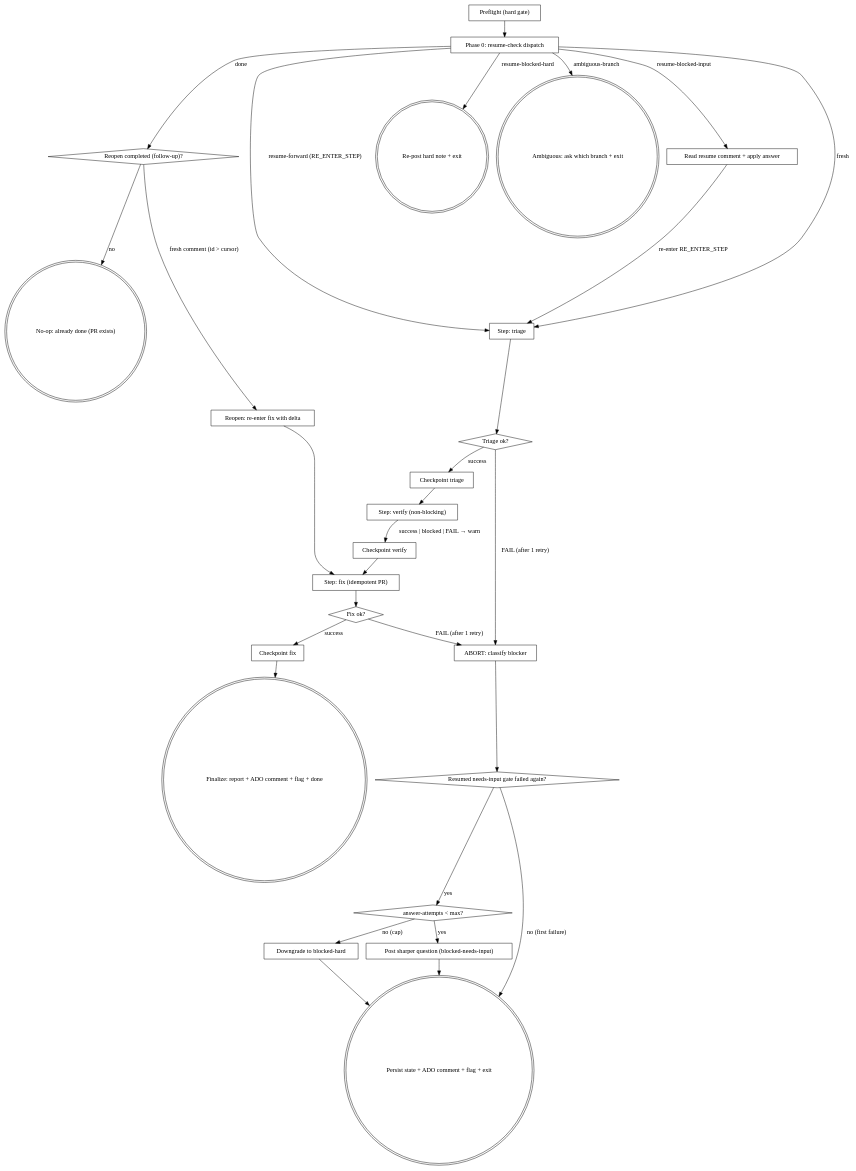
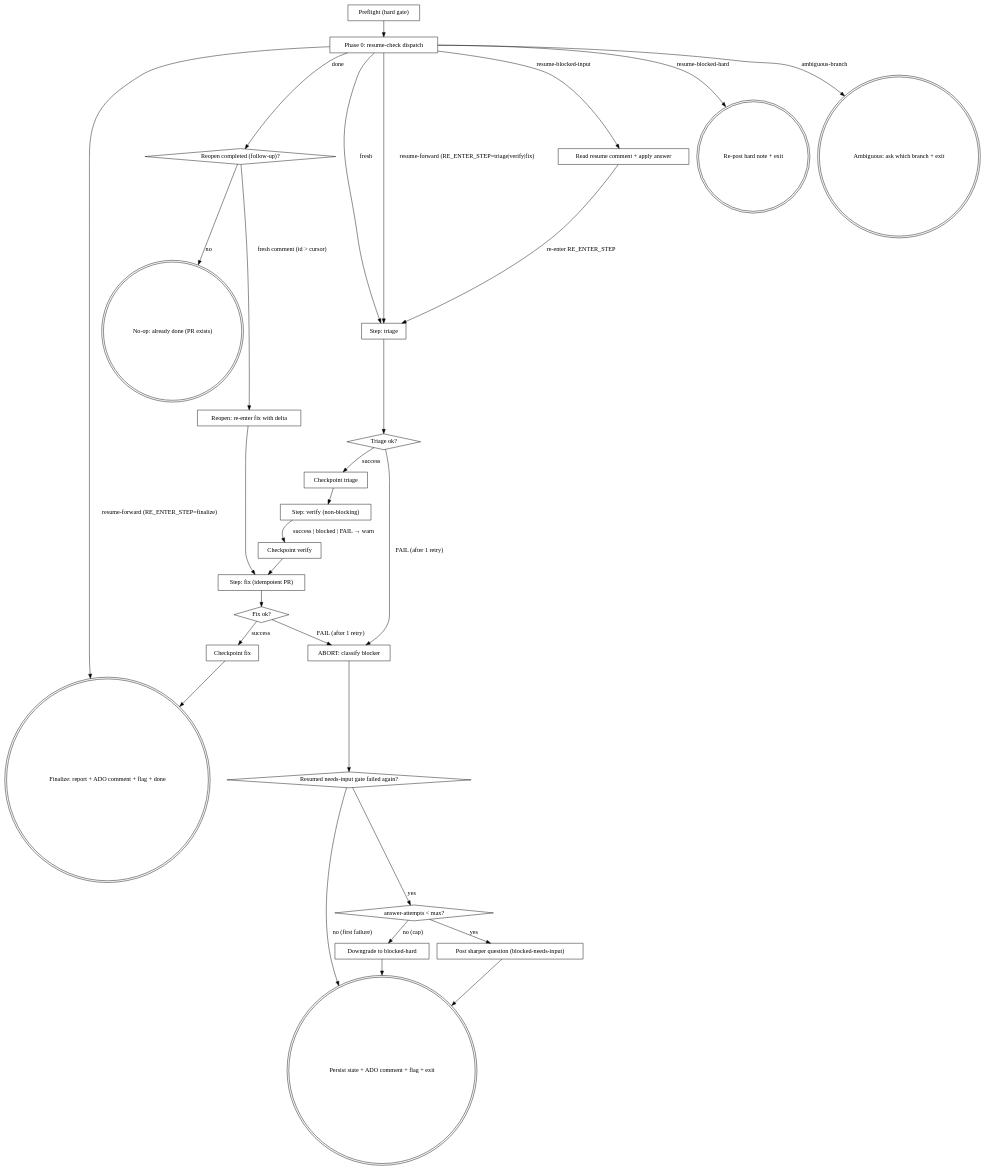
Before and after one commit to easingthemes/dx-aem-flow: the second of 2 diagrams in plugins/dx-core/skills/dx-bug-all/SKILL.md, drawn with Graphviz. The commit also changed other lines of this file and 13 other files, not shown here.

````diff
--- a/plugins/dx-core/skills/dx-bug-all/SKILL.md
+++ b/plugins/dx-core/skills/dx-bug-all/SKILL.md
@@ -140,62 +140,63 @@
 ```dot
 digraph bug_all_pipeline {
     "Preflight (hard gate)" [shape=box];
     "Phase 0: resume-check dispatch" [shape=box];
     "Read resume comment + apply answer" [shape=box];
     "Reopen completed (follow-up)?" [shape=diamond];
     "Reopen: re-enter fix with delta" [shape=box];
     "No-op: already done (PR exists)" [shape=doublecircle];
     "Re-post hard note + exit" [shape=doublecircle];
     "Ambiguous: ask which branch + exit" [shape=doublecircle];
 
     "Step: triage" [shape=box];
     "Triage ok?" [shape=diamond];
     "Checkpoint triage" [shape=box];
     "Step: verify (non-blocking)" [shape=box];
     "Checkpoint verify" [shape=box];
     "Step: fix (idempotent PR)" [shape=box];
     "Fix ok?" [shape=diamond];
     "Checkpoint fix" [shape=box];
     "Finalize: report + ADO comment + flag + done" [shape=doublecircle];
 
     "ABORT: classify blocker" [shape=box];
     "Resumed needs-input gate failed again?" [shape=diamond];
     "answer-attempts < max?" [shape=diamond];
     "Post sharper question (blocked-needs-input)" [shape=box];
     "Downgrade to blocked-hard" [shape=box];
     "Persist state + ADO comment + flag + exit" [shape=doublecircle];
 
     "Preflight (hard gate)" -> "Phase 0: resume-check dispatch";
     "Phase 0: resume-check dispatch" -> "Step: triage" [label="fresh"];
-    "Phase 0: resume-check dispatch" -> "Step: triage" [label="resume-forward (RE_ENTER_STEP)"];
+    "Phase 0: resume-check dispatch" -> "Step: triage" [label="resume-forward (RE_ENTER_STEP=triage|verify|fix)"];
+    "Phase 0: resume-check dispatch" -> "Finalize: report + ADO comment + flag + done" [label="resume-forward (RE_ENTER_STEP=finalize)"];
     "Phase 0: resume-check dispatch" -> "Read resume comment + apply answer" [label="resume-blocked-input"];
     "Phase 0: resume-check dispatch" -> "Re-post hard note + exit" [label="resume-blocked-hard"];
     "Phase 0: resume-check dispatch" -> "Reopen completed (follow-up)?" [label="done"];
     "Phase 0: resume-check dispatch" -> "Ambiguous: ask which branch + exit" [label="ambiguous-branch"];
 
     "Reopen completed (follow-up)?" -> "Reopen: re-enter fix with delta" [label="fresh comment (id > cursor)"];
     "Reopen completed (follow-up)?" -> "No-op: already done (PR exists)" [label="no"];
     "Reopen: re-enter fix with delta" -> "Step: fix (idempotent PR)";
 
     "Read resume comment + apply answer" -> "Step: triage" [label="re-enter RE_ENTER_STEP"];
 
     "Step: triage" -> "Triage ok?";
     "Triage ok?" -> "Checkpoint triage" [label="success"];
     "Triage ok?" -> "ABORT: classify blocker" [label="FAIL (after 1 retry)"];
     "Checkpoint triage" -> "Step: verify (non-blocking)";
     "Step: verify (non-blocking)" -> "Checkpoint verify" [label="success | blocked | FAIL → warn"];
     "Checkpoint verify" -> "Step: fix (idempotent PR)";
     "Step: fix (idempotent PR)" -> "Fix ok?";
     "Fix ok?" -> "Checkpoint fix" [label="success"];
     "Fix ok?" -> "ABORT: classify blocker" [label="FAIL (after 1 retry)"];
     "Checkpoint fix" -> "Finalize: report + ADO comment + flag + done";
 
     "ABORT: classify blocker" -> "Resumed needs-input gate failed again?";
     "Resumed needs-input gate failed again?" -> "answer-attempts < max?" [label="yes"];
     "Resumed needs-input gate failed again?" -> "Persist state + ADO comment + flag + exit" [label="no (first failure)"];
     "answer-attempts < max?" -> "Post sharper question (blocked-needs-input)" [label="yes"];
     "answer-attempts < max?" -> "Downgrade to blocked-hard" [label="no (cap)"];
     "Post sharper question (blocked-needs-input)" -> "Persist state + ADO comment + flag + exit";
     "Downgrade to blocked-hard" -> "Persist state + ADO comment + flag + exit";
 }
 ```
````
